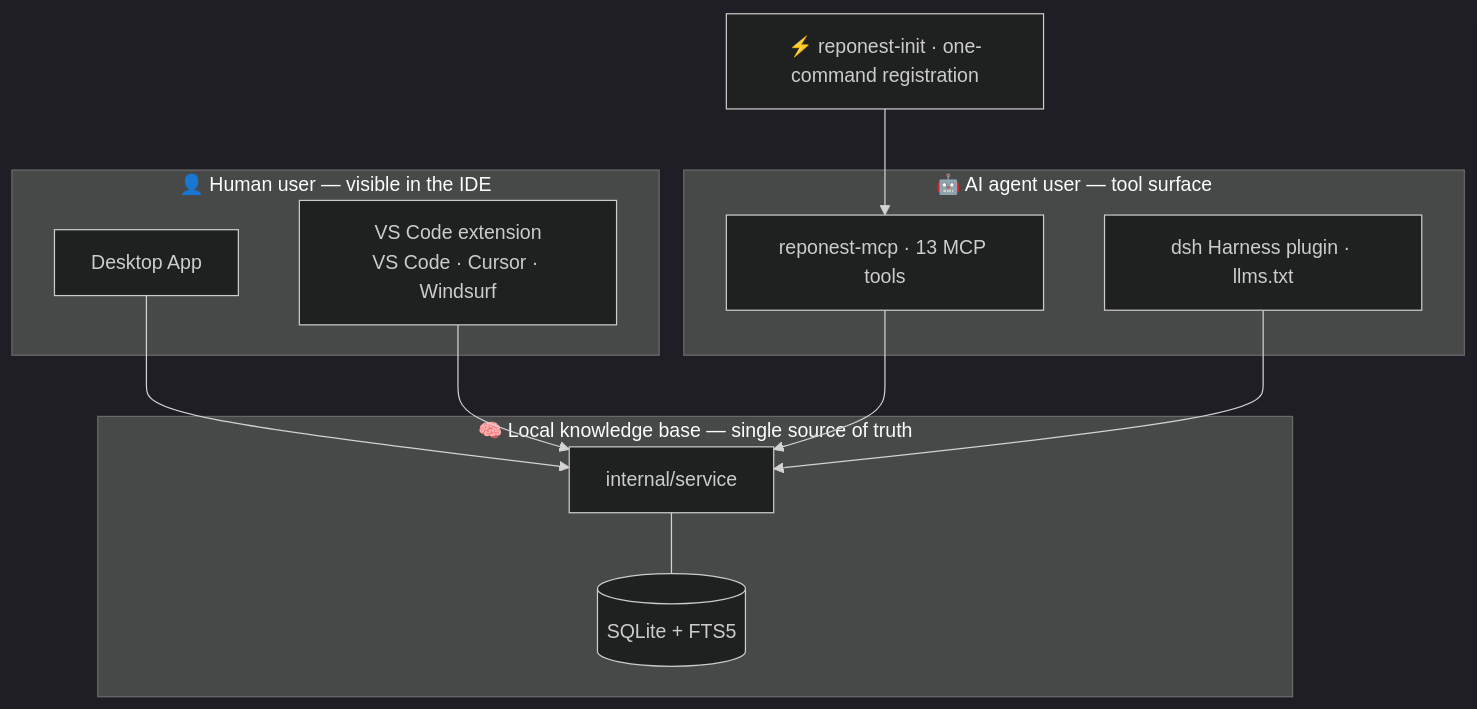
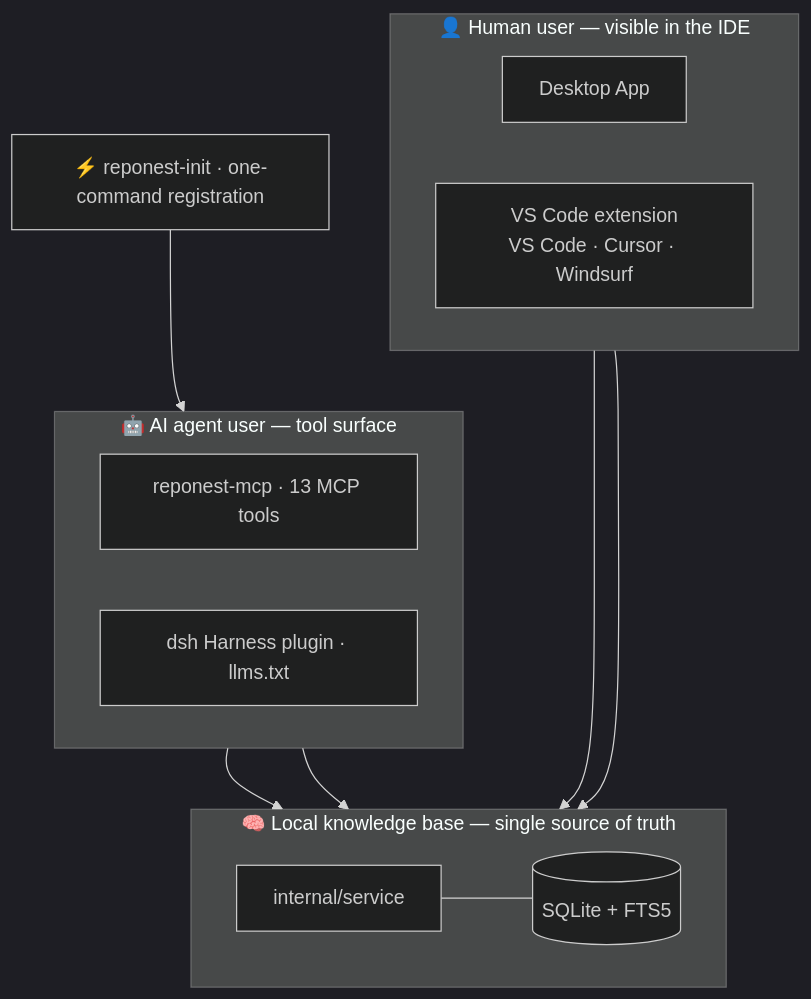
The second of 2 diagrams in README.md (sky-jiangcheng/RepoNest), drawn with Mermaid (dark theme) before and after one commit. The commit also changed 8 other files, not shown here.

Commit message:
docs(diagrams): improve readability of dense architecture diagrams

````diff
--- a/README.md
+++ b/README.md
@@ -45,20 +45,24 @@
 ```mermaid
 flowchart TB
     subgraph HUMAN[👤 Human user — visible in the IDE]
-        DESKTOP[Desktop App] 
+        direction LR
+        DESKTOP[Desktop App]
         VSCODE[VS Code extension<br/>VS Code · Cursor · Windsurf]
     end
     subgraph AGENT[🤖 AI agent user — tool surface]
+        direction LR
         MCP[reponest-mcp · 13 MCP tools]
         DSH[dsh Harness plugin · llms.txt]
     end
     subgraph CORE[🧠 Local knowledge base — single source of truth]
+        direction LR
         SVC[internal/service] --- DB[(SQLite + FTS5)]
     end
+    HUMAN ~~~ AGENT ~~~ CORE
     INIT[⚡ reponest-init · one-command registration]
     INIT --> MCP
     DESKTOP --> SVC
     VSCODE --> SVC
     MCP --> SVC
     DSH --> SVC
 ```
````
